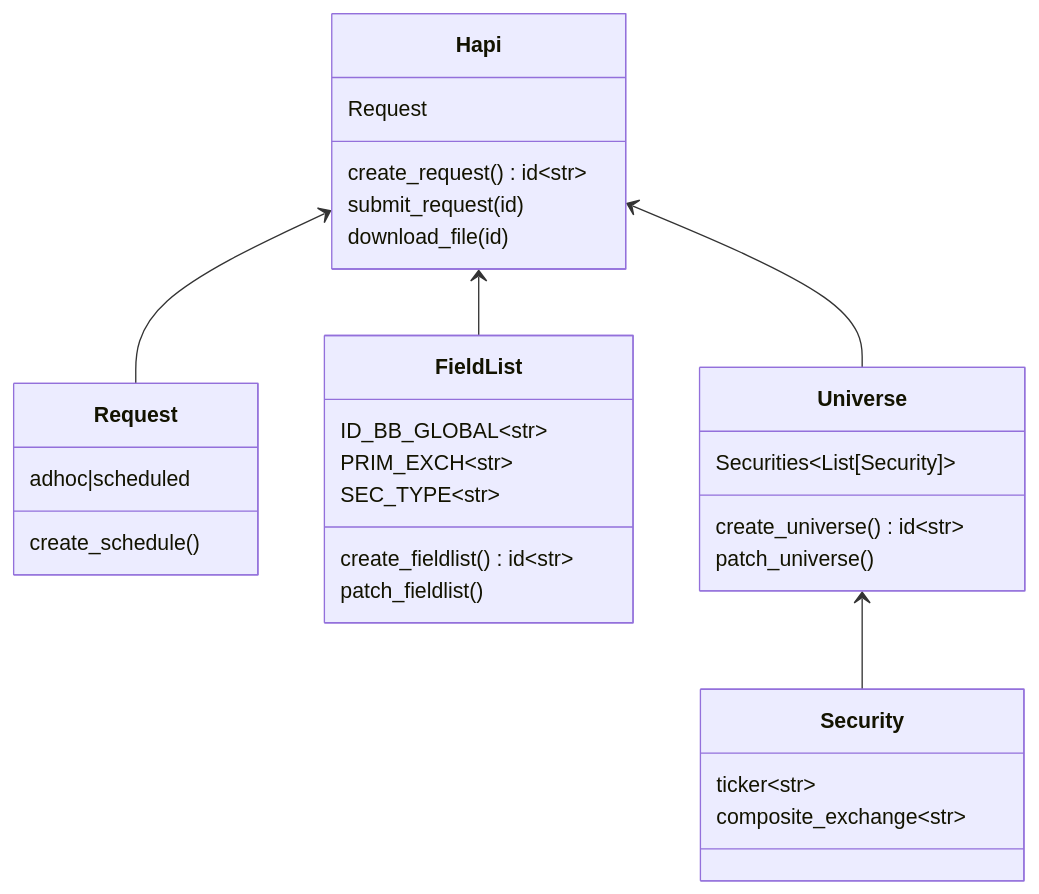
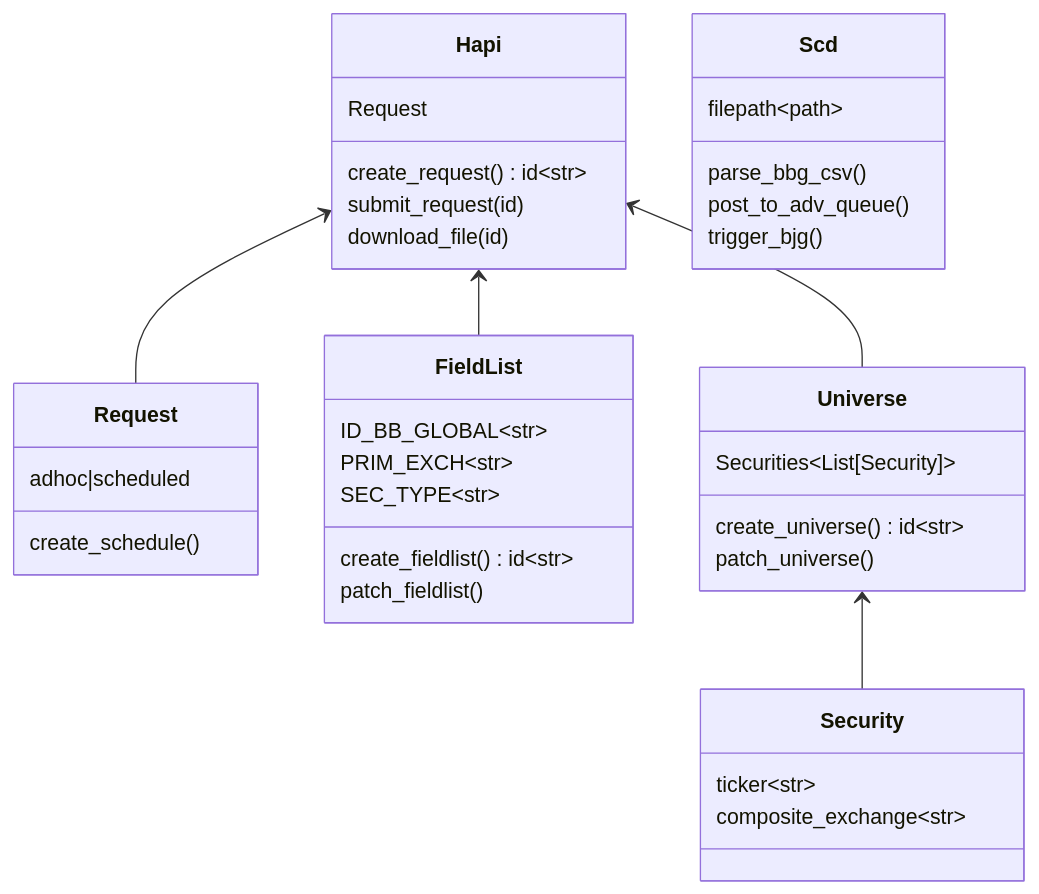
The diagram in README.md (pingsays/pingsays), drawn with Mermaid before and after one commit.

Commit message:
added Scd class

````diff
--- a/README.md
+++ b/README.md
@@ -1,38 +1,45 @@
 ```mermaid
 classDiagram
     Hapi <-- Request
     Hapi <-- FieldList
     Hapi <-- Universe
     Universe <-- Security
 
     class Hapi {
         Request
         create_request() id~str~
         submit_request(id)
         download_file(id)
     }
 
     class FieldList {
         ID_BB_GLOBAL~str~
         PRIM_EXCH~str~
         SEC_TYPE~str~
         create_fieldlist() id~str~
         patch_fieldlist()
     }
 
     class Universe {
         Securities~List[Security]~
         create_universe() id~str~
         patch_universe()
     }
 
     class Request {
         adhoc|scheduled
         create_schedule()
     }
 
     class Security {
         ticker~str~
         composite_exchange~str~
     }
+
+    class Scd {
+        filepath~path~
+        parse_bbg_csv()
+        post_to_adv_queue()
+        trigger_bjg()
+    }
 ```
````
